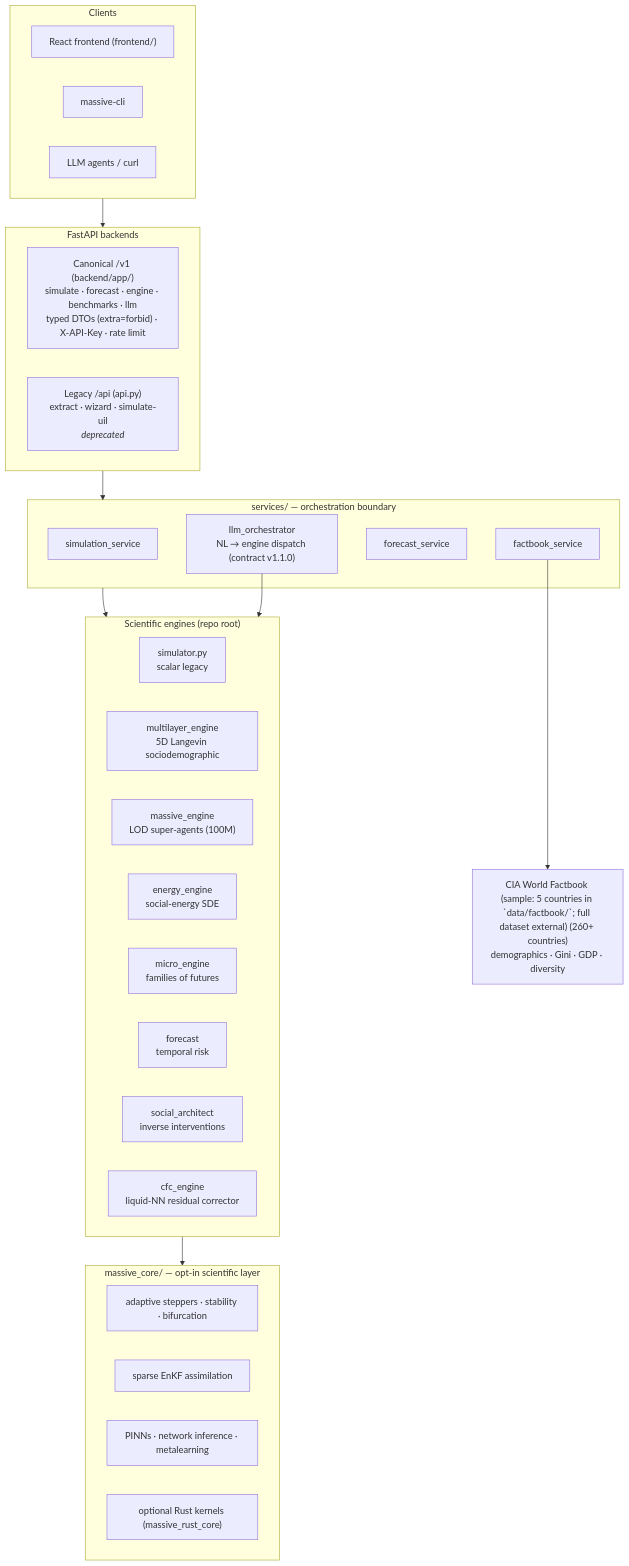
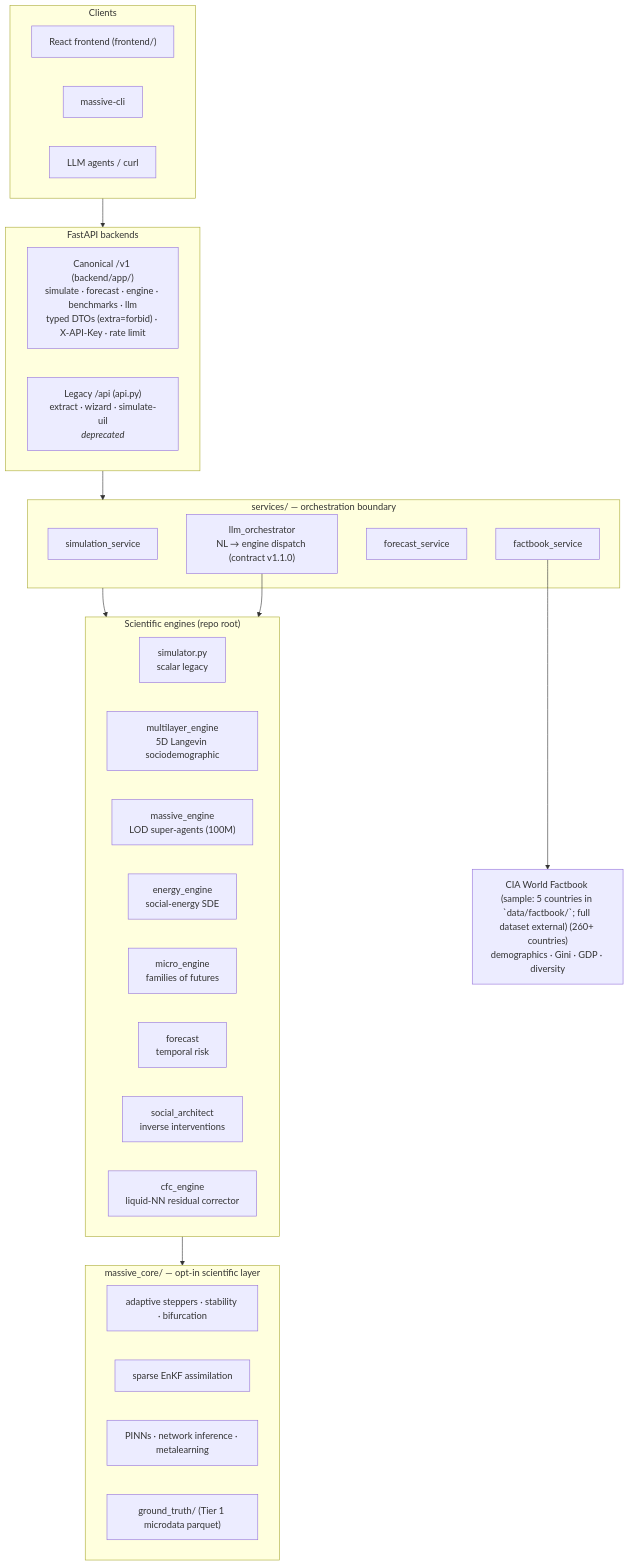
One commit to Adlgr87/MASSIVE changed the diagram in README.md. Above: the diagram before and after it, drawn with Mermaid. The commit also changed other lines of this file and 26 other files, not shown here.

````diff
--- a/README.md
+++ b/README.md
@@ -106,45 +103,45 @@
 ```mermaid
 flowchart TB
     subgraph Clients
         FE["React frontend (frontend/)"]
         CLI["massive-cli"]
         AG["LLM agents / curl"]
     end
 
     subgraph API["FastAPI backends"]
         V1["Canonical /v1 (backend/app/)<br/>simulate · forecast · engine · benchmarks · llm<br/>typed DTOs (extra=forbid) · X-API-Key · rate limit"]
         LEG["Legacy /api (api.py)<br/>extract · wizard · simulate-uil<br/><em>deprecated</em>"]
     end
 
     subgraph Services["services/ — orchestration boundary"]
         ORCH["llm_orchestrator<br/>NL → engine dispatch (contract v1.1.0)"]
         SIM["simulation_service"]
         FOR["forecast_service"]
         FB["factbook_service"]
     end
 
     subgraph Engines["Scientific engines (repo root)"]
         direction LR
         E1["simulator.py<br/>scalar legacy"]
         E2["multilayer_engine<br/>5D Langevin sociodemographic"]
         E3["massive_engine<br/>LOD super-agents (100M)"]
         E4["energy_engine<br/>social-energy SDE"]
         E5["micro_engine<br/>families of futures"]
         E6["forecast<br/>temporal risk"]
         E7["social_architect<br/>inverse interventions"]
         E8["cfc_engine<br/>liquid-NN residual corrector"]
     end
 
     subgraph Core["massive_core/ — opt-in scientific layer"]
         C1["adaptive steppers · stability · bifurcation"]
         C2["sparse EnKF assimilation"]
         C3["PINNs · network inference · metalearning"]
-        C4["optional Rust kernels (massive_rust_core)"]
+        C4["ground_truth/ (Tier 1 microdata parquet)"]
     end
 
     DATA["CIA World Factbook (sample: 5 countries in `data/factbook/`; full dataset external) (260+ countries)<br/>demographics · Gini · GDP · diversity"]
 
     Clients --> API --> Services --> Engines --> Core
     FB --> DATA
     ORCH --> Engines
 ```
````
